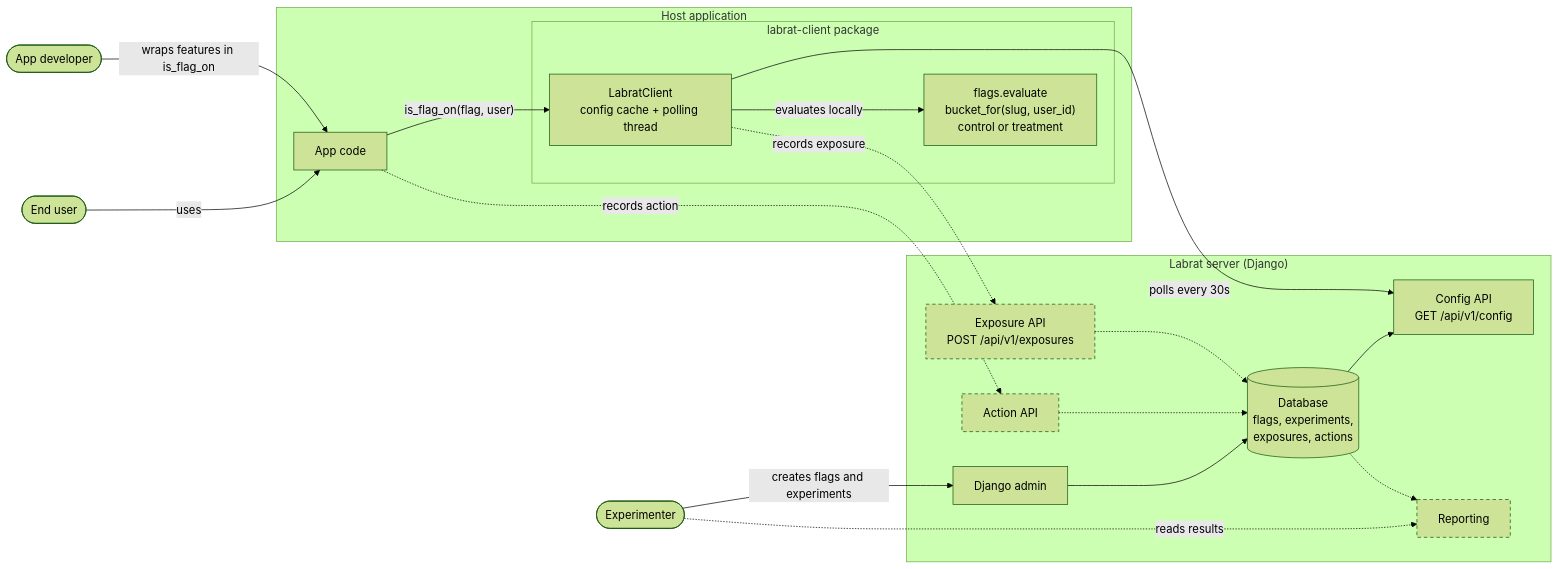
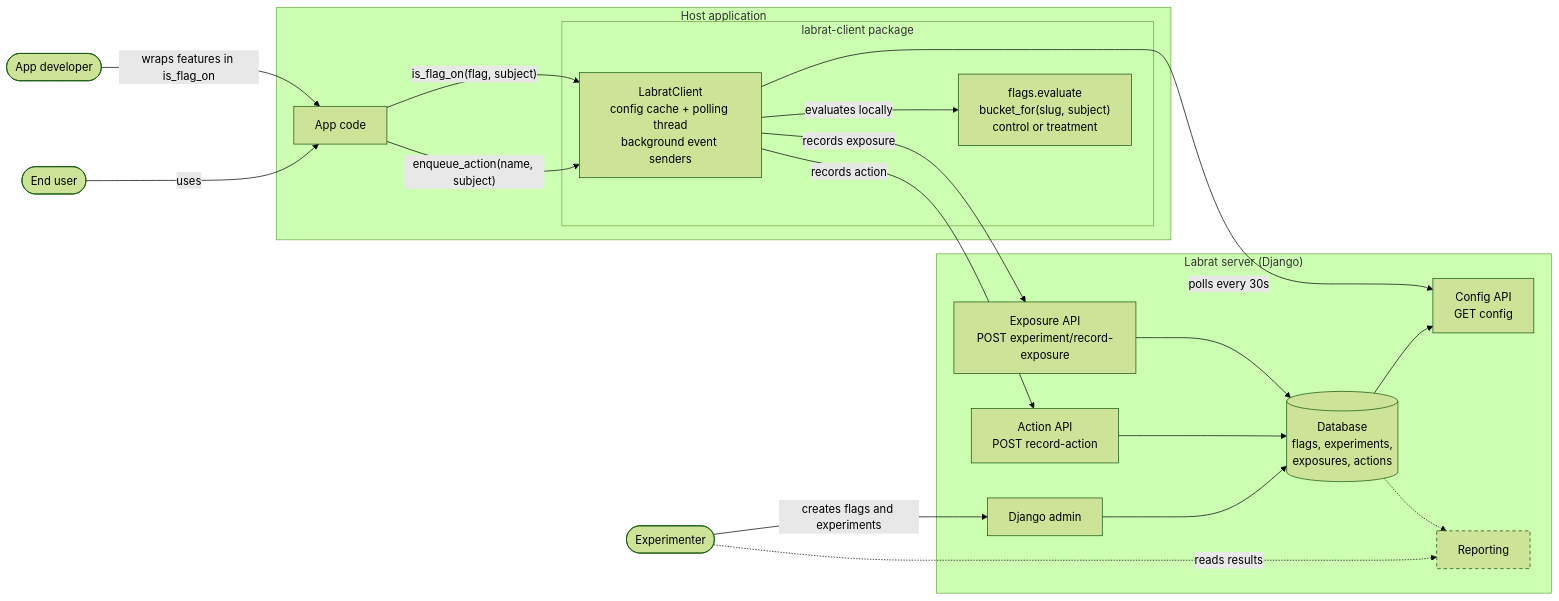
Before and after one commit to noahduncan/labrat: the diagram in README.md, drawn with Mermaid (forest theme). The commit also changed other lines of this file, not shown here.

````diff
--- a/README.md
+++ b/README.md
@@ -17,40 +27,41 @@
 ```mermaid
 flowchart LR
     experimenter(["Experimenter"])
     developer(["App developer"])
     enduser(["End user"])
 
     subgraph server["Labrat server (Django)"]
         admin["Django admin"]
-        configapi["Config API<br/>GET /api/v1/config"]
-        exposureapi["Exposure API<br/>POST /api/v1/exposures"]
-        actionapi["Action API"]
+        configapi["Config API<br/>GET config"]
+        exposureapi["Exposure API<br/>POST experiment/record-exposure"]
+        actionapi["Action API<br/>POST record-action"]
         reporting["Reporting"]
         db[("Database<br/>flags, experiments,<br/>exposures, actions")]
     end
 
     subgraph host["Host application"]
         appcode["App code"]
         subgraph sdk["labrat-client package"]
-            client["LabratClient<br/>config cache + polling thread"]
-            evaluate["flags.evaluate<br/>bucket_for(slug, user_id)<br/>control or treatment"]
+            client["LabratClient<br/>config cache + polling thread<br/>background event senders"]
+            evaluate["flags.evaluate<br/>bucket_for(slug, subject)<br/>control or treatment"]
         end
     end
 
     experimenter -->|" creates flags and experiments "| admin
     admin --> db
     db --> configapi
     client -->|" polls every 30s "| configapi
     developer -->|" wraps features in is_flag_on "| appcode
     enduser -->|" uses "| appcode
-    appcode -->|" is_flag_on(flag, user) "| client
+    appcode -->|" is_flag_on(flag, subject) "| client
+    appcode -->|" enqueue_action(name, subject) "| client
     client -->|" evaluates locally "| evaluate
-    client -.->|" records exposure "| exposureapi
-    appcode -.->|" records action "| actionapi
-    exposureapi -.-> db
-    actionapi -.-> db
+    client -->|" records exposure "| exposureapi
+    client -->|" records action "| actionapi
+    exposureapi --> db
+    actionapi --> db
     db -.-> reporting
     experimenter -.->|" reads results "| reporting
     classDef planned stroke-dasharray: 5 4
-    class exposureapi,actionapi,reporting planned
+    class reporting planned
 ```
````
